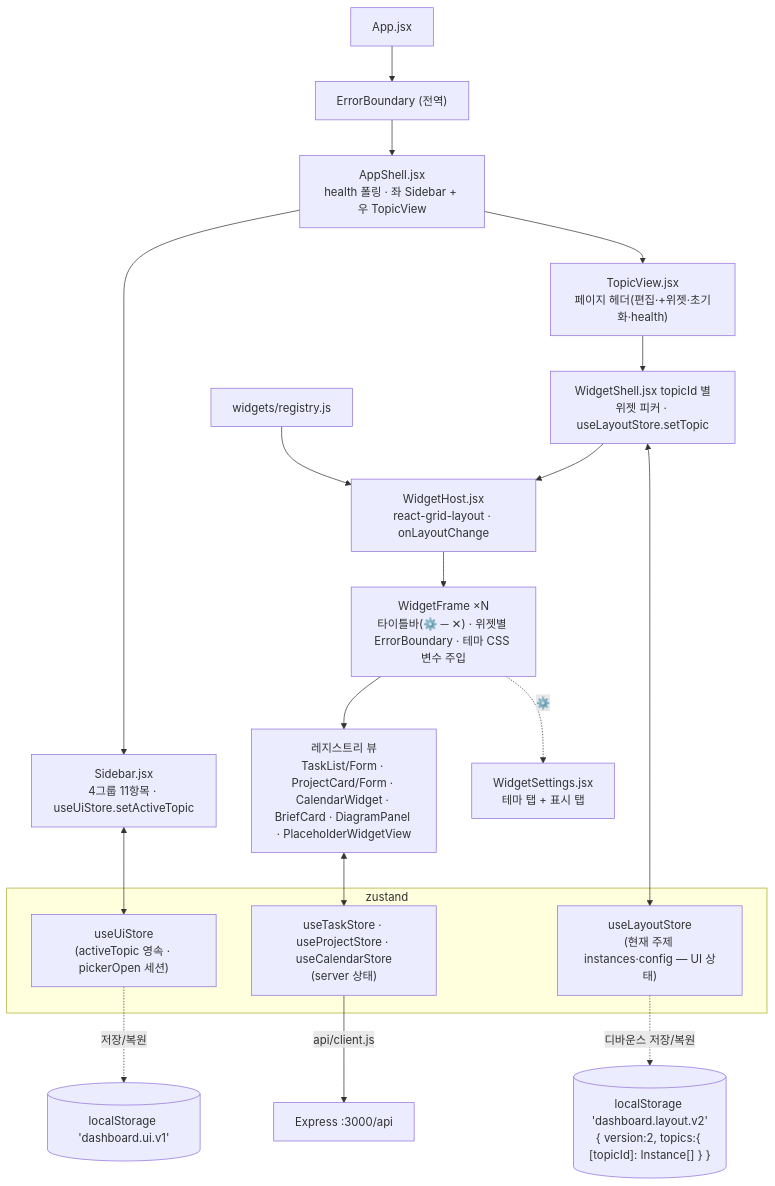
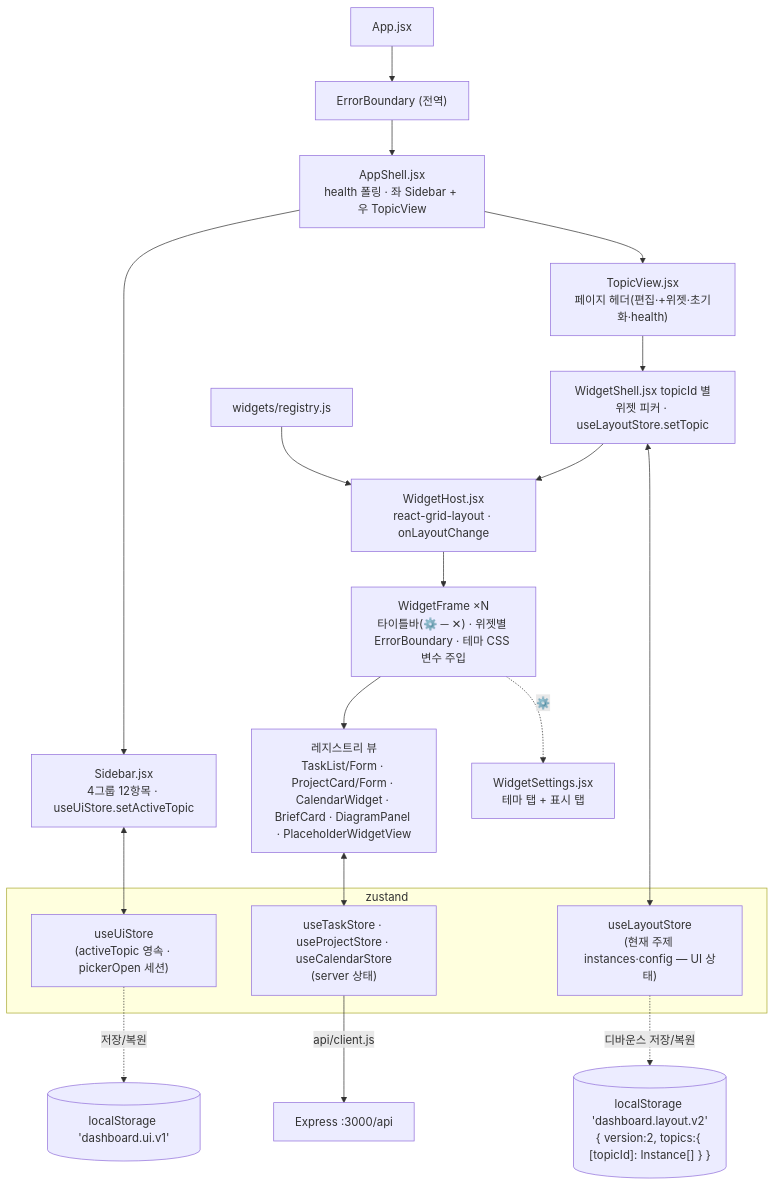
Before and after one commit to gamercross/my-setup-proj: the first of 2 diagrams in docs/product/reference/UI_SPEC.md, drawn with Mermaid. The commit also changed other lines of this file and 33 other files, not shown here.

````diff
--- a/docs/product/reference/UI_SPEC.md
+++ b/docs/product/reference/UI_SPEC.md
@@ -14,25 +14,25 @@
 ```mermaid
 flowchart TB
   APP["App.jsx"] --> ERRB["ErrorBoundary (전역)"]
   ERRB --> ASHELL["AppShell.jsx<br/>health 폴링 · 좌 Sidebar + 우 TopicView"]
-  ASHELL --> SB["Sidebar.jsx<br/>4그룹 11항목 · useUiStore.setActiveTopic"]
+  ASHELL --> SB["Sidebar.jsx<br/>4그룹 12항목 · useUiStore.setActiveTopic"]
   ASHELL --> TV["TopicView.jsx<br/>페이지 헤더(편집·+위젯·초기화·health)"]
   TV --> SHELL["WidgetShell.jsx topicId 별<br/>위젯 피커 · useLayoutStore.setTopic"]
   SHELL --> HOST["WidgetHost.jsx<br/>react-grid-layout · onLayoutChange"]
   HOST --> WF["WidgetFrame ×N<br/>타이틀바(⚙️ ─ ✕) · 위젯별 ErrorBoundary · 테마 CSS 변수 주입"]
   WF --> VIEW["레지스트리 뷰<br/>TaskList/Form · ProjectCard/Form · CalendarWidget · BriefCard · DiagramPanel · PlaceholderWidgetView"]
   WF -. ⚙️ .-> SET["WidgetSettings.jsx<br/>테마 탭 + 표시 탭"]
 
   subgraph STORES["zustand"]
     UI["useUiStore<br/>(activeTopic 영속 · pickerOpen 세션)"]
     LS["useLayoutStore<br/>(현재 주제 instances·config — UI 상태)"]
     TS["useTaskStore · useProjectStore · useCalendarStore<br/>(server 상태)"]
   end
   SB <--> UI
   SHELL <--> LS
   VIEW <--> TS
   LS -. 디바운스 저장/복원 .-> P[("localStorage 'dashboard.layout.v2'<br/>{ version:2, topics:{ [topicId]: Instance[] } }")]
   UI -. 저장/복원 .-> PUI[("localStorage 'dashboard.ui.v1'")]
   TS -->|"api/client.js"| BE["Express :3000/api"]
   REG["widgets/registry.js"] --> HOST
 ```
````
